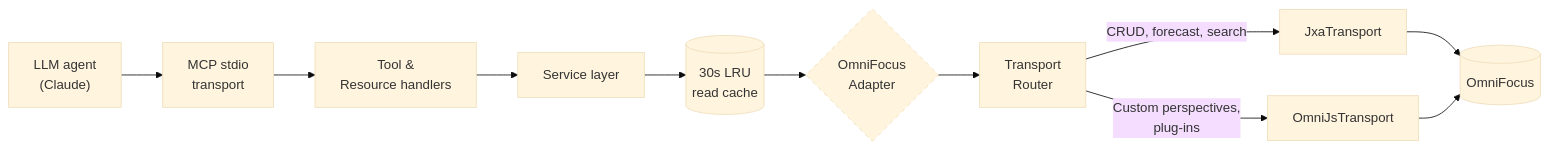
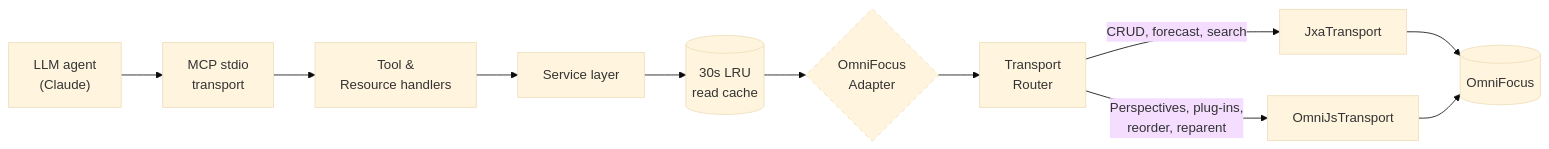
Before and after one commit to torsday/omnifocus-mcp: the diagram in README.md, drawn with Mermaid (base theme). The commit also changed other lines of this file, not shown here.

````diff
--- a/README.md
+++ b/README.md
@@ -234,16 +440,16 @@
 ```mermaid
 flowchart LR
     Agent["LLM agent<br/>(Claude)"] --> SDK["MCP stdio<br/>transport"]
     SDK --> Tools["Tool &<br/>Resource handlers"]
     Tools --> Services["Service layer"]
     Services --> Cache[(30s LRU<br/>read cache)]
     Cache --> Adapter{OmniFocus<br/>Adapter}
     Adapter --> Router[Transport<br/>Router]
     Router -->|CRUD, forecast, search| Jxa[JxaTransport]
-    Router -->|Custom perspectives,<br/>plug-ins| OmniJs[OmniJsTransport]
+    Router -->|Perspectives, plug-ins,<br/>reorder, reparent| OmniJs[OmniJsTransport]
     Jxa --> OF[(OmniFocus)]
     OmniJs --> OF
 
     classDef boundary stroke-dasharray: 5 5
     class Adapter boundary
 ```
````
